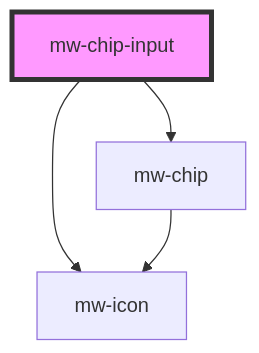
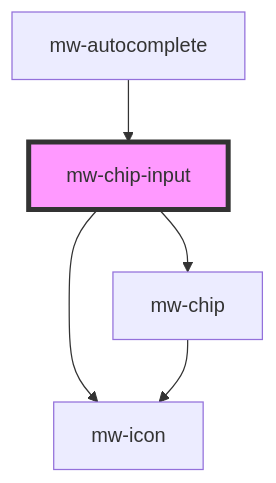
The diagram in mwui-stencil/src/components/mw-chip-input/readme.md (MaibornWolff/mwui), drawn with Mermaid before and after one commit. The commit also changed other lines of this file and 18 other files, not shown here.

````diff
--- a/mwui-stencil/src/components/mw-chip-input/readme.md
+++ b/mwui-stencil/src/components/mw-chip-input/readme.md
@@ -42,7 +39,8 @@
 ```mermaid
 graph TD;
   mw-chip-input --> mw-chip
   mw-chip-input --> mw-icon
   mw-chip --> mw-icon
+  mw-autocomplete --> mw-chip-input
   style mw-chip-input fill:#f9f,stroke:#333,stroke-width:4px
 ```
````
